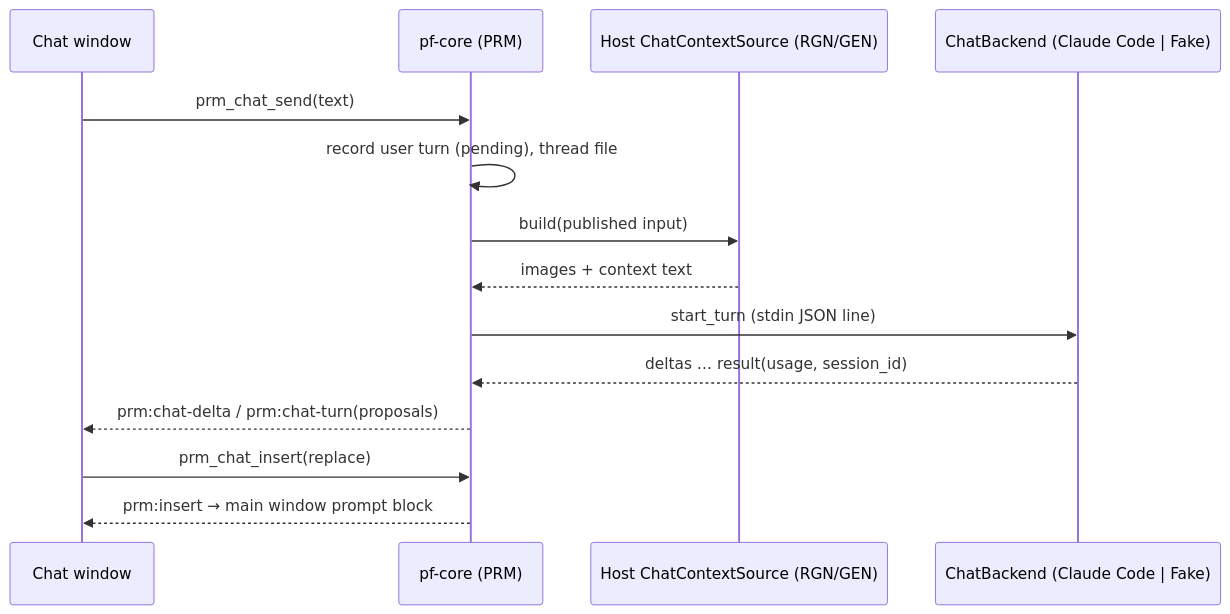
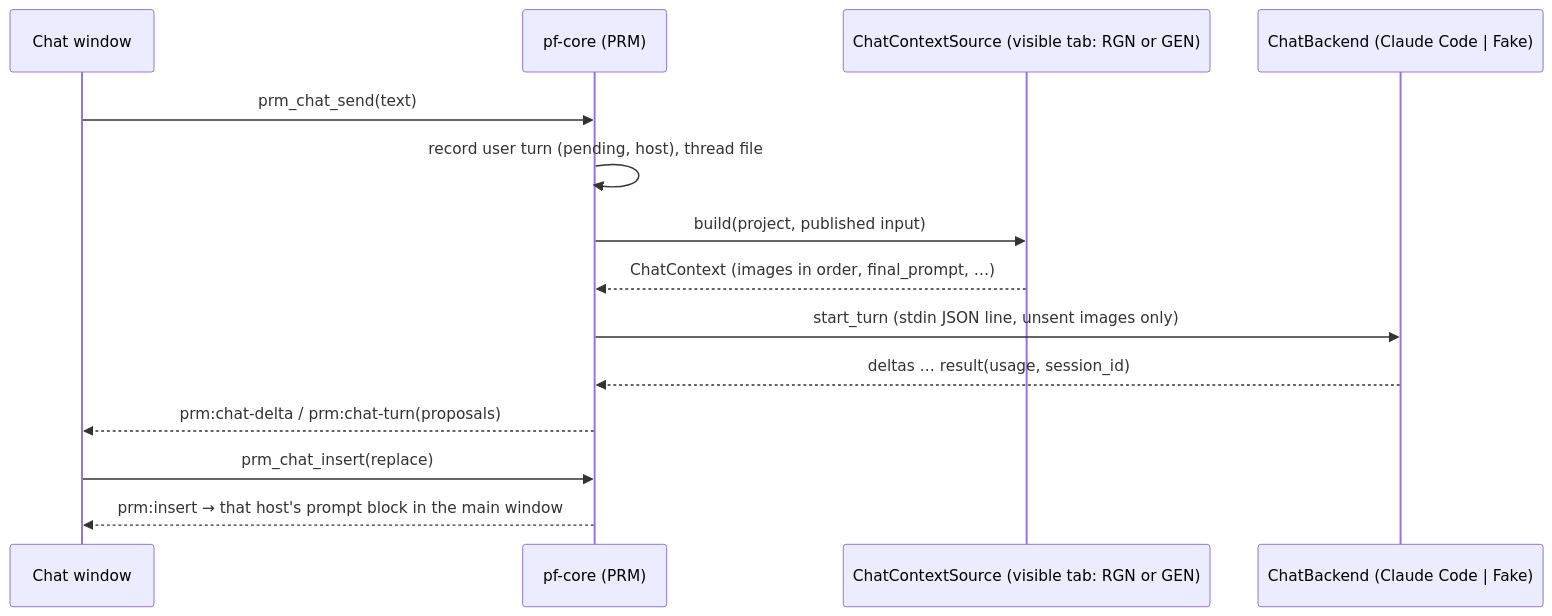
One commit to szymonbalasz/pocket-forge changed the diagram in docs/specs/prompt-helper.md. Above: the diagram before and after it, drawn with Mermaid. The commit also changed other lines of this file, not shown here.

Commit message:
PRM: review fixes (ChatContext, host per turn, unverified CLI flags, amendments table, OQ-PRM-14/15)

````diff
--- a/docs/specs/prompt-helper.md
+++ b/docs/specs/prompt-helper.md
@@ -148,16 +167,16 @@
 ```mermaid
 sequenceDiagram
   participant W as Chat window
   participant C as pf-core (PRM)
-  participant H as Host ChatContextSource (RGN/GEN)
+  participant H as ChatContextSource (visible tab: RGN or GEN)
   participant B as ChatBackend (Claude Code | Fake)
   W->>C: prm_chat_send(text)
-  C->>C: record user turn (pending), thread file
-  C->>H: build(published input)
-  H-->>C: images + context text
-  C->>B: start_turn (stdin JSON line)
+  C->>C: record user turn (pending, host), thread file
+  C->>H: build(project, published input)
+  H-->>C: ChatContext (images in order, final_prompt, …)
+  C->>B: start_turn (stdin JSON line, unsent images only)
   B-->>C: deltas … result(usage, session_id)
   C-->>W: prm:chat-delta / prm:chat-turn(proposals)
   W->>C: prm_chat_insert(replace)
-  C-->>W: prm:insert → main window prompt block
+  C-->>W: prm:insert → that host's prompt block in the main window
 ```
````
